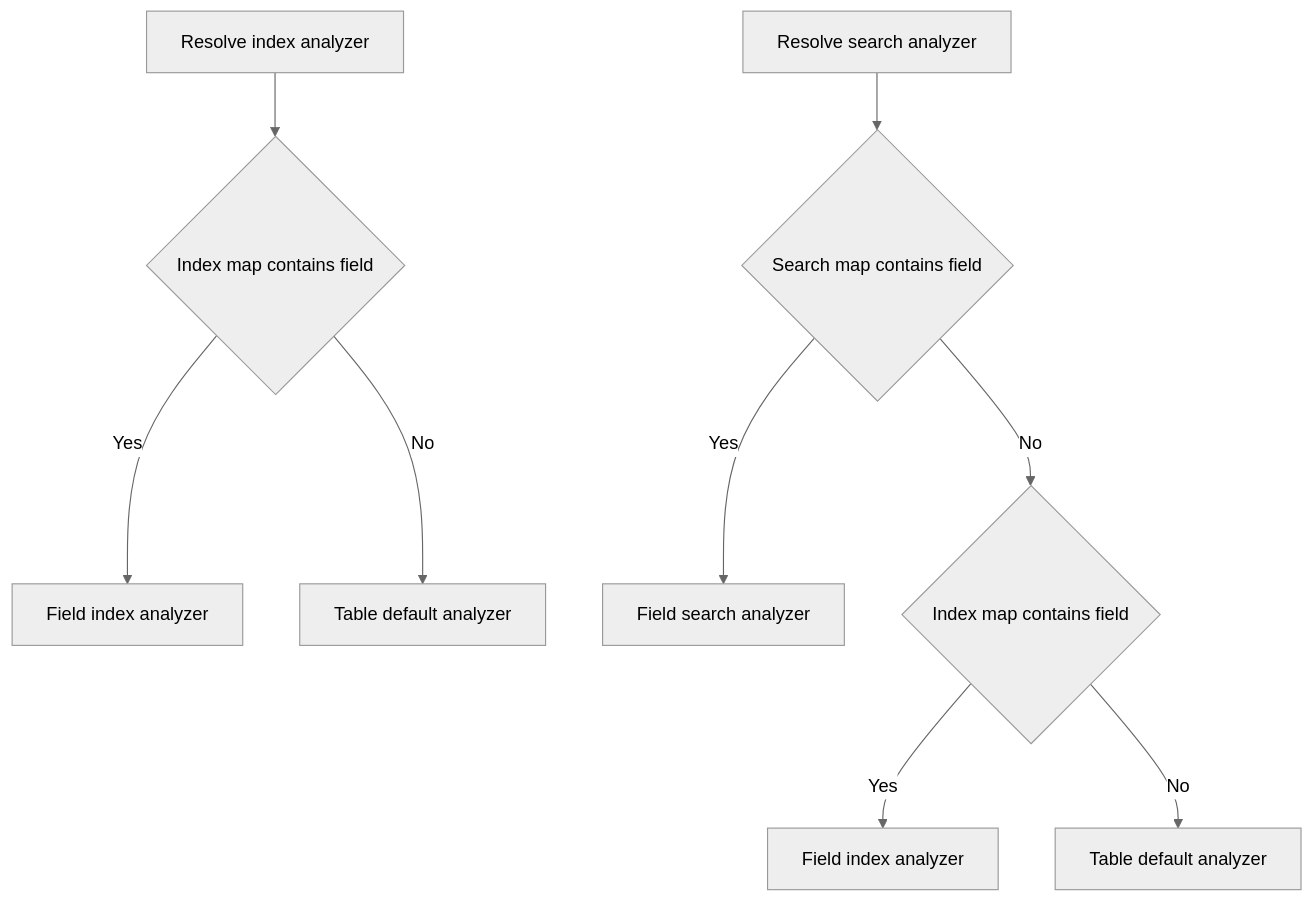
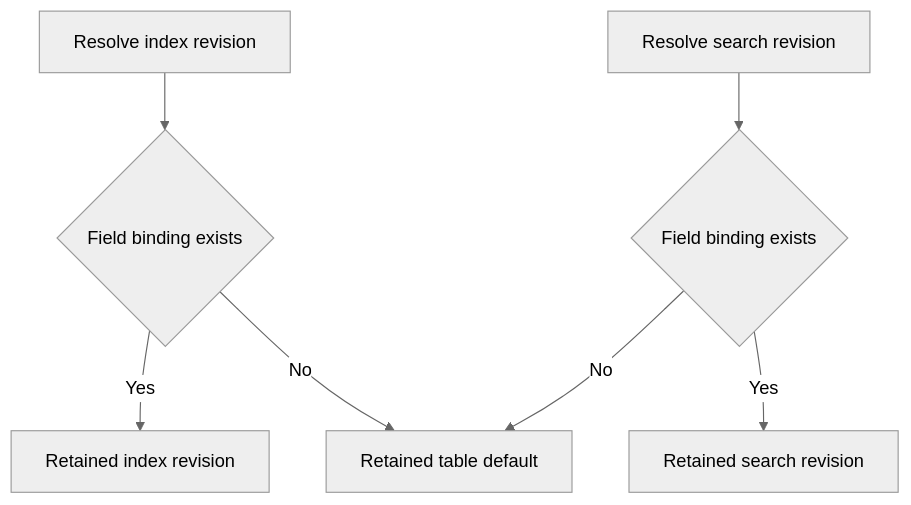
The second of 4 diagrams in docs/manual/internals/04-analyzer-pipeline.md (cognica-io/uqa-engine), drawn with Mermaid (neutral theme) before and after one commit. The commit also changed other lines of this file and 31 other files, not shown here.

````diff
--- a/docs/manual/internals/04-analyzer-pipeline.md
+++ b/docs/manual/internals/04-analyzer-pipeline.md
@@ -67,11 +67,9 @@
 ```mermaid
 flowchart TD
-    A[Resolve index analyzer] --> B{Index map contains field}
-    B -->|Yes| C[Field index analyzer]
-    B -->|No| D[Table default analyzer]
-    E[Resolve search analyzer] --> F{Search map contains field}
-    F -->|Yes| G[Field search analyzer]
-    F -->|No| H{Index map contains field}
-    H -->|Yes| I[Field index analyzer]
-    H -->|No| J[Table default analyzer]
+    A[Resolve index revision] --> B{Field binding exists}
+    B -->|Yes| C[Retained index revision]
+    B -->|No| D[Retained table default]
+    E[Resolve search revision] --> F{Field binding exists}
+    F -->|Yes| G[Retained search revision]
+    F -->|No| D
 ```
````
